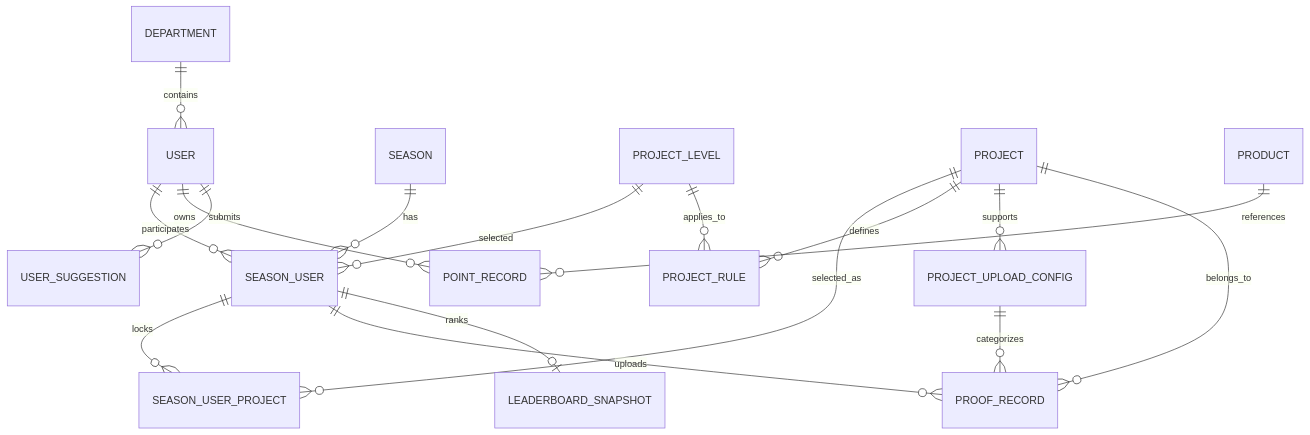
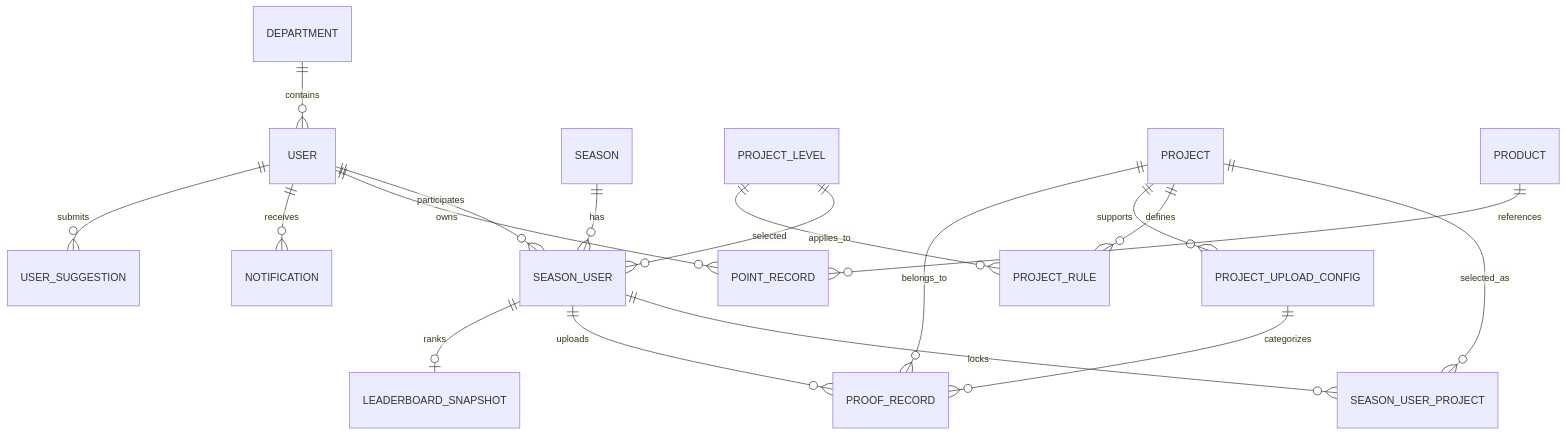
Before and after one commit to caicai-6666/flame-sport-pheno-manage-be: the third of 3 diagrams in description/project.md, drawn with Mermaid. The commit also changed other lines of this file and 18 other files, not shown here.

````diff
--- a/description/project.md
+++ b/description/project.md
@@ -483,19 +483,20 @@
 ```mermaid
 erDiagram
     DEPARTMENT ||--o{ USER : contains
     USER ||--o{ SEASON_USER : participates
     SEASON ||--o{ SEASON_USER : has
     PROJECT_LEVEL ||--o{ SEASON_USER : selected
     SEASON_USER ||--o{ SEASON_USER_PROJECT : locks
     PROJECT ||--o{ SEASON_USER_PROJECT : selected_as
     PROJECT ||--o{ PROJECT_RULE : defines
     PROJECT_LEVEL ||--o{ PROJECT_RULE : applies_to
     PROJECT ||--o{ PROJECT_UPLOAD_CONFIG : supports
     SEASON_USER ||--o{ PROOF_RECORD : uploads
     PROJECT ||--o{ PROOF_RECORD : belongs_to
     PROJECT_UPLOAD_CONFIG ||--o{ PROOF_RECORD : categorizes
     SEASON_USER ||--o| LEADERBOARD_SNAPSHOT : ranks
     USER ||--o{ POINT_RECORD : owns
     PRODUCT ||--o{ POINT_RECORD : references
+    USER ||--o{ NOTIFICATION : receives
     USER ||--o{ USER_SUGGESTION : submits
 ```
````
